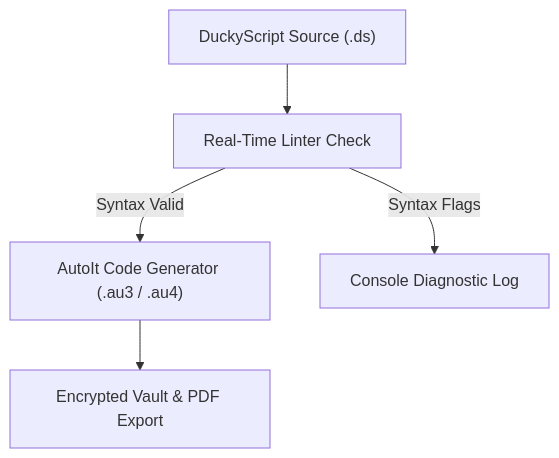
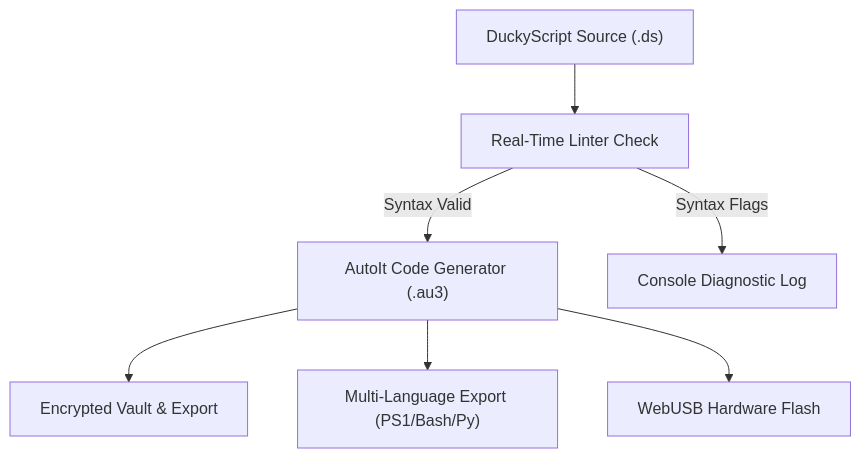
The diagram in README.md (lenluarun/LENLU-SC), drawn with Mermaid before and after one commit. The commit also changed other lines of this file, not shown here.

````diff
--- a/README.md
+++ b/README.md
@@ -98,7 +133,9 @@
 ```mermaid
 graph TD
     A["DuckyScript Source (.ds)"] --> B["Real-Time Linter Check"]
-    B -- "Syntax Valid" --> C["AutoIt Code Generator (.au3 / .au4)"]
+    B -- "Syntax Valid" --> C["AutoIt Code Generator (.au3)"]
     B -- "Syntax Flags" --> D["Console Diagnostic Log"]
-    C --> E["Encrypted Vault & PDF Export"]
+    C --> E["Encrypted Vault & Export"]
+    C --> F["Multi-Language Export (PS1/Bash/Py)"]
+    C --> G["WebUSB Hardware Flash"]
 ```
````
